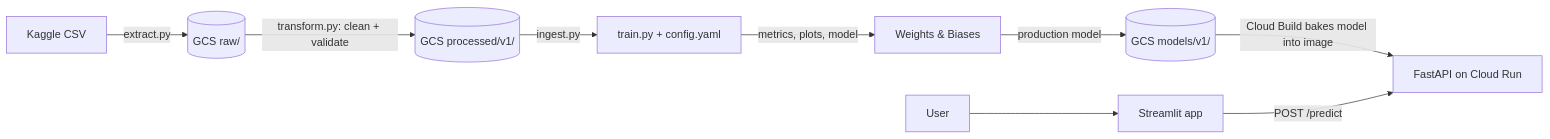
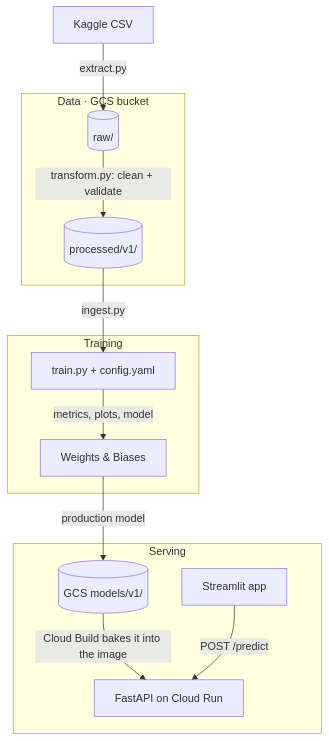
The diagram in README.md (gitnic-duke/aipi-510-kickstarter-launch-checker), drawn with Mermaid before and after one commit.

Commit message:
docs: make architecture diagram top-down and grouped

````diff
--- a/README.md
+++ b/README.md
@@ -36,11 +36,24 @@
 ```mermaid
-flowchart LR
-    K["Kaggle CSV"] -->|"extract.py"| R[("GCS raw/")]
-    R -->|"transform.py: clean + validate"| P[("GCS processed/v1/")]
-    P -->|"ingest.py"| T["train.py + config.yaml"]
-    T -->|"metrics, plots, model"| W["Weights & Biases"]
-    W -->|"production model"| M[("GCS models/v1/")]
-    M -->|"Cloud Build bakes model into image"| A["FastAPI on Cloud Run"]
-    F["Streamlit app"] -->|"POST /predict"| A
-    U["User"] --> F
+flowchart TD
+    K["Kaggle CSV"]
+    subgraph data ["Data · GCS bucket"]
+        R[("raw/")]
+        P[("processed/v1/")]
+    end
+    subgraph training ["Training"]
+        T["train.py + config.yaml"]
+        W["Weights & Biases"]
+    end
+    subgraph serving ["Serving"]
+        M[("GCS models/v1/")]
+        A["FastAPI on Cloud Run"]
+        F["Streamlit app"]
+    end
+    K -->|"extract.py"| R
+    R -->|"transform.py: clean + validate"| P
+    P -->|"ingest.py"| T
+    T -->|"metrics, plots, model"| W
+    W -->|"production model"| M
+    M -->|"Cloud Build bakes it into the image"| A
+    F -->|"POST /predict"| A
 ```
````
